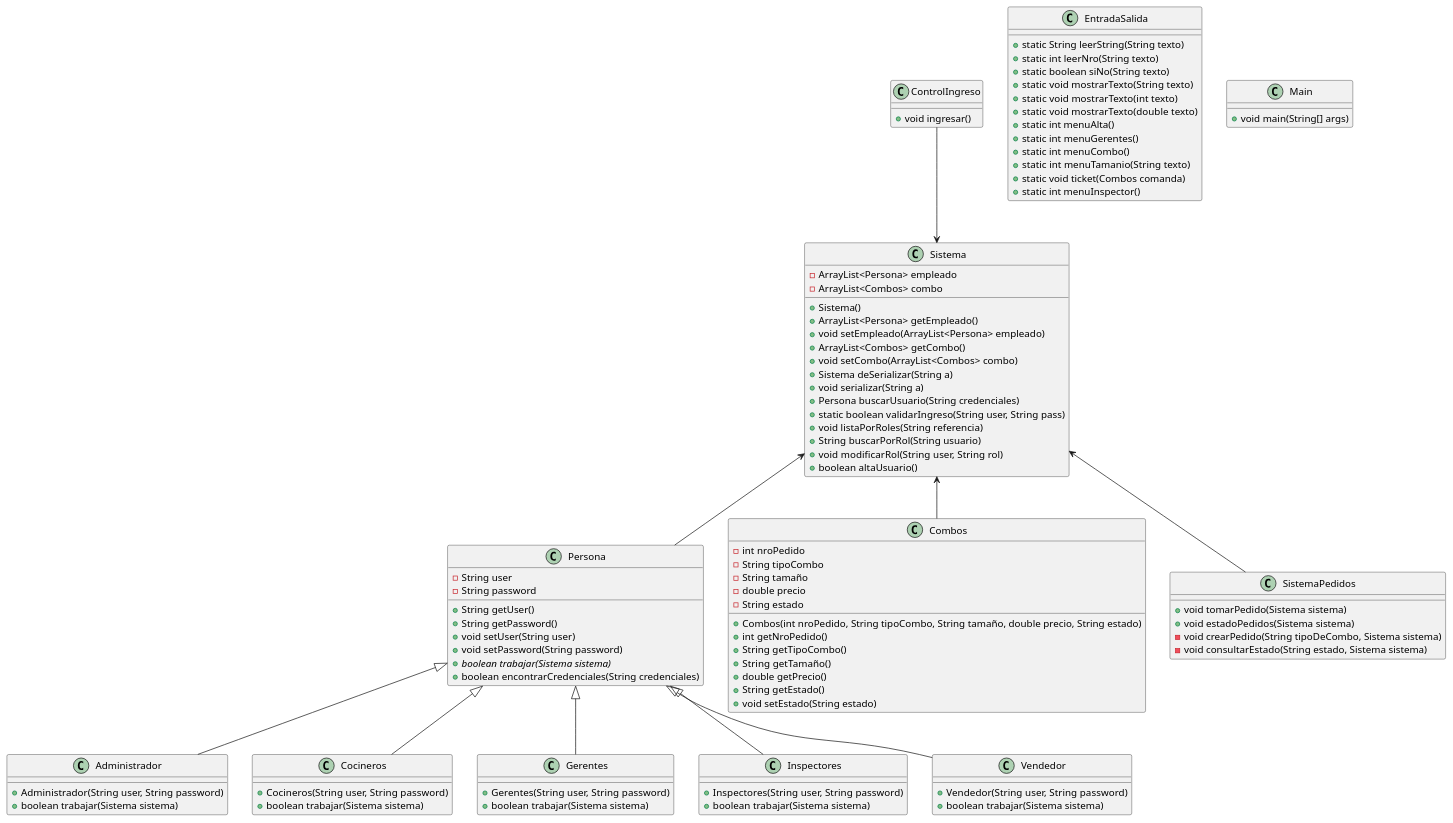
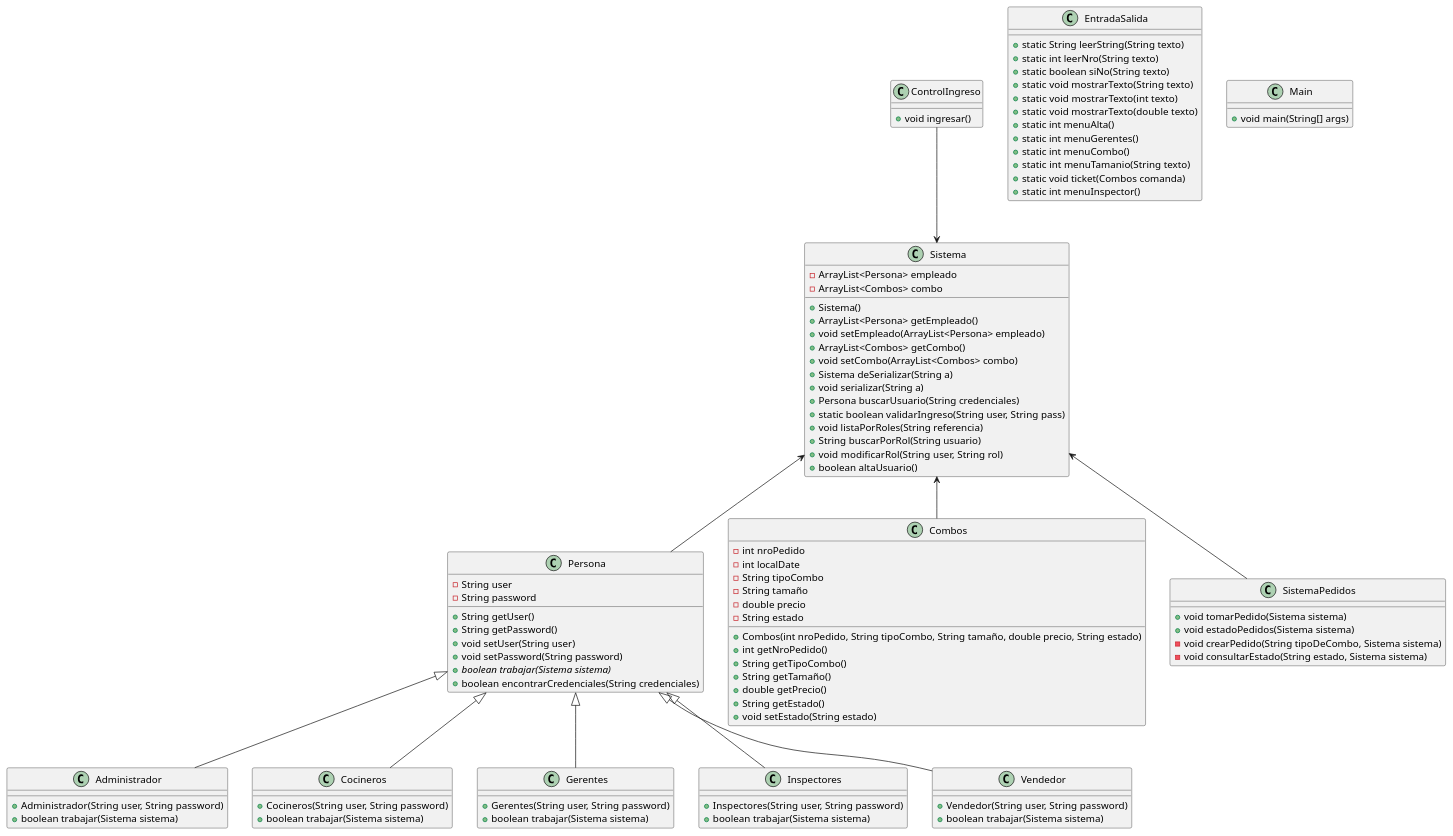
Before and after one commit to Ariel-GR/BurgerKing-solo: the diagram in src/DFD.puml, drawn with PlantUML. The commit also changed 6 other files, not shown here.

```diff
--- a/src/DFD.puml
+++ b/src/DFD.puml
@@ -1,116 +1,117 @@
 @startuml
 
 class Persona {
     - String user
     - String password
     + String getUser()
     + String getPassword()
     + void setUser(String user)
     + void setPassword(String password)
     {abstract} + boolean trabajar(Sistema sistema)
     + boolean encontrarCredenciales(String credenciales)
 }
 
 class Administrador {
     + Administrador(String user, String password)
     + boolean trabajar(Sistema sistema)
 }
 
 class Cocineros {
     + Cocineros(String user, String password)
     + boolean trabajar(Sistema sistema)
 }
 
 class Combos {
     - int nroPedido
+    - int localDate
     - String tipoCombo
     - String tamaño
     - double precio
     - String estado
     + Combos(int nroPedido, String tipoCombo, String tamaño, double precio, String estado)
     + int getNroPedido()
     + String getTipoCombo()
     + String getTamaño()
     + double getPrecio()
     + String getEstado()
     + void setEstado(String estado)
 }
 
 class ControlIngreso {
     + void ingresar()
 }
 
 class EntradaSalida {
     + static String leerString(String texto)
     + static int leerNro(String texto)
     + static boolean siNo(String texto)
     + static void mostrarTexto(String texto)
     + static void mostrarTexto(int texto)
     + static void mostrarTexto(double texto)
     + static int menuAlta()
     + static int menuGerentes()
     + static int menuCombo()
     + static int menuTamanio(String texto)
     + static void ticket(Combos comanda)
     + static int menuInspector()
 }
 
 class Gerentes {
     + Gerentes(String user, String password)
     + boolean trabajar(Sistema sistema)
 }
 
 class Inspectores {
     + Inspectores(String user, String password)
     + boolean trabajar(Sistema sistema)
 }
 
 class Main {
     + void main(String[] args)
 }
 
 class Sistema {
     - ArrayList<Persona> empleado
     - ArrayList<Combos> combo
     + Sistema()
     + ArrayList<Persona> getEmpleado()
     + void setEmpleado(ArrayList<Persona> empleado)
     + ArrayList<Combos> getCombo()
     + void setCombo(ArrayList<Combos> combo)
     + Sistema deSerializar(String a)
     + void serializar(String a)
     + Persona buscarUsuario(String credenciales)
     + static boolean validarIngreso(String user, String pass)
     + void listaPorRoles(String referencia)
     + String buscarPorRol(String usuario)
     + void modificarRol(String user, String rol)
     + boolean altaUsuario()
 }
 
 class SistemaPedidos {
     + void tomarPedido(Sistema sistema)
     + void estadoPedidos(Sistema sistema)
     - void crearPedido(String tipoDeCombo, Sistema sistema)
     - void consultarEstado(String estado, Sistema sistema)
 }
 
 class Vendedor {
     + Vendedor(String user, String password)
     + boolean trabajar(Sistema sistema)
 }
 
 Persona <|-- Administrador
 Persona <|-- Cocineros
 Persona <|-- Gerentes
 Persona <|-- Inspectores
 Persona <|-- Vendedor
 
 ControlIngreso --> Sistema
 
 Sistema <-- Combos
 Sistema <-- Persona
 Sistema <-- SistemaPedidos
 
 
 
 @enduml
```
